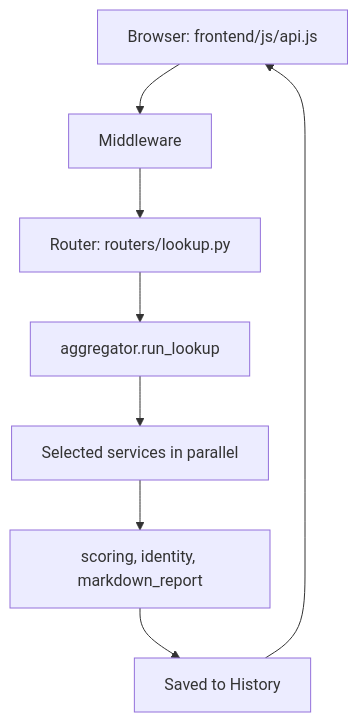
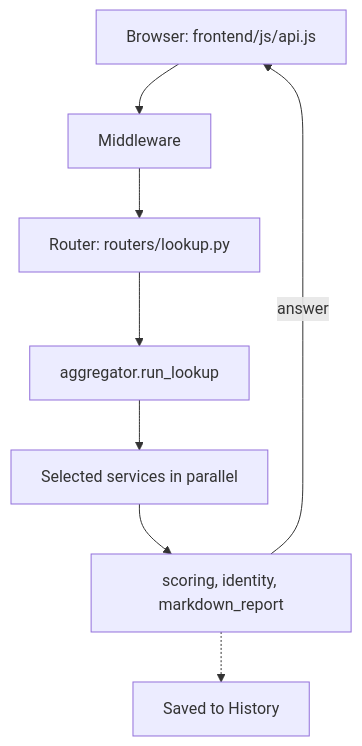
The diagram in docs/ARCHITECTURE.md (arcymonek/seisa), drawn with Mermaid before and after one commit. The commit also changed other lines of this file and 17 other files, not shown here.

````diff
--- a/docs/ARCHITECTURE.md
+++ b/docs/ARCHITECTURE.md
@@ -60,10 +60,10 @@
 ```mermaid
 flowchart TD
     B[Browser: frontend/js/api.js] --> M[Middleware]
     M --> R[Router: routers/lookup.py]
     R --> A[aggregator.run_lookup]
     A --> S[Selected services in parallel]
     S --> C[scoring, identity, markdown_report]
-    C --> H[Saved to History]
-    H --> B
+    C -->|answer| B
+    C -.-> H[Saved to History]
 ```
````
